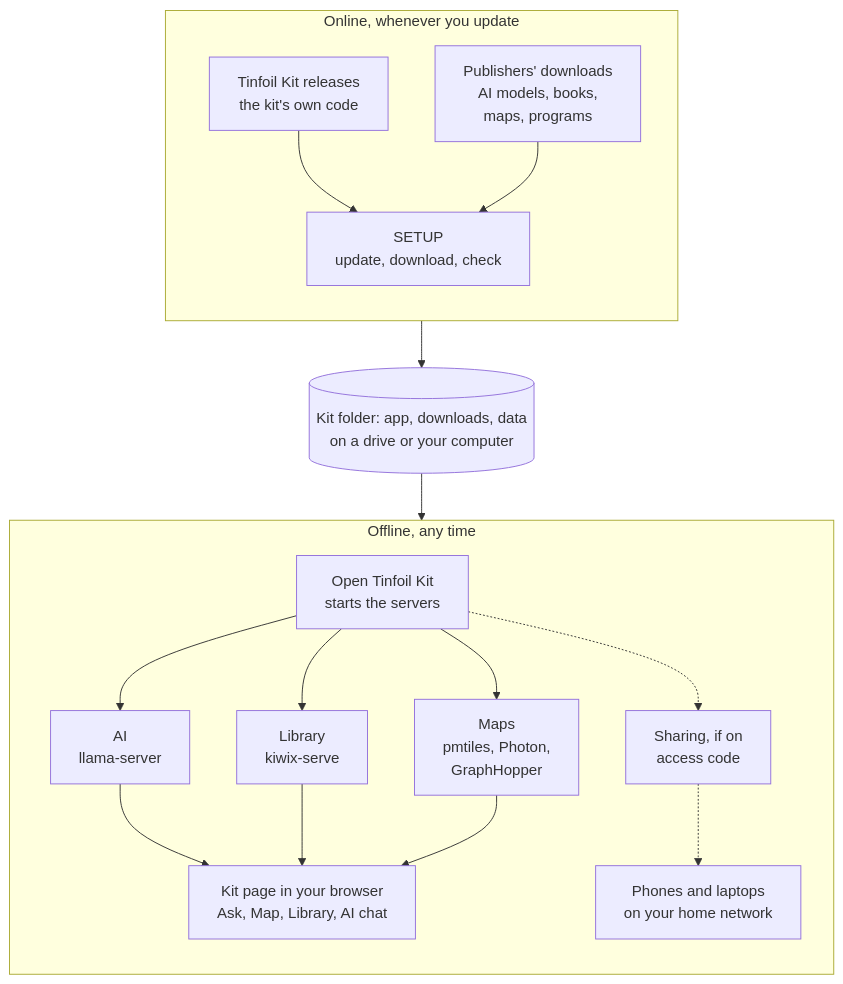
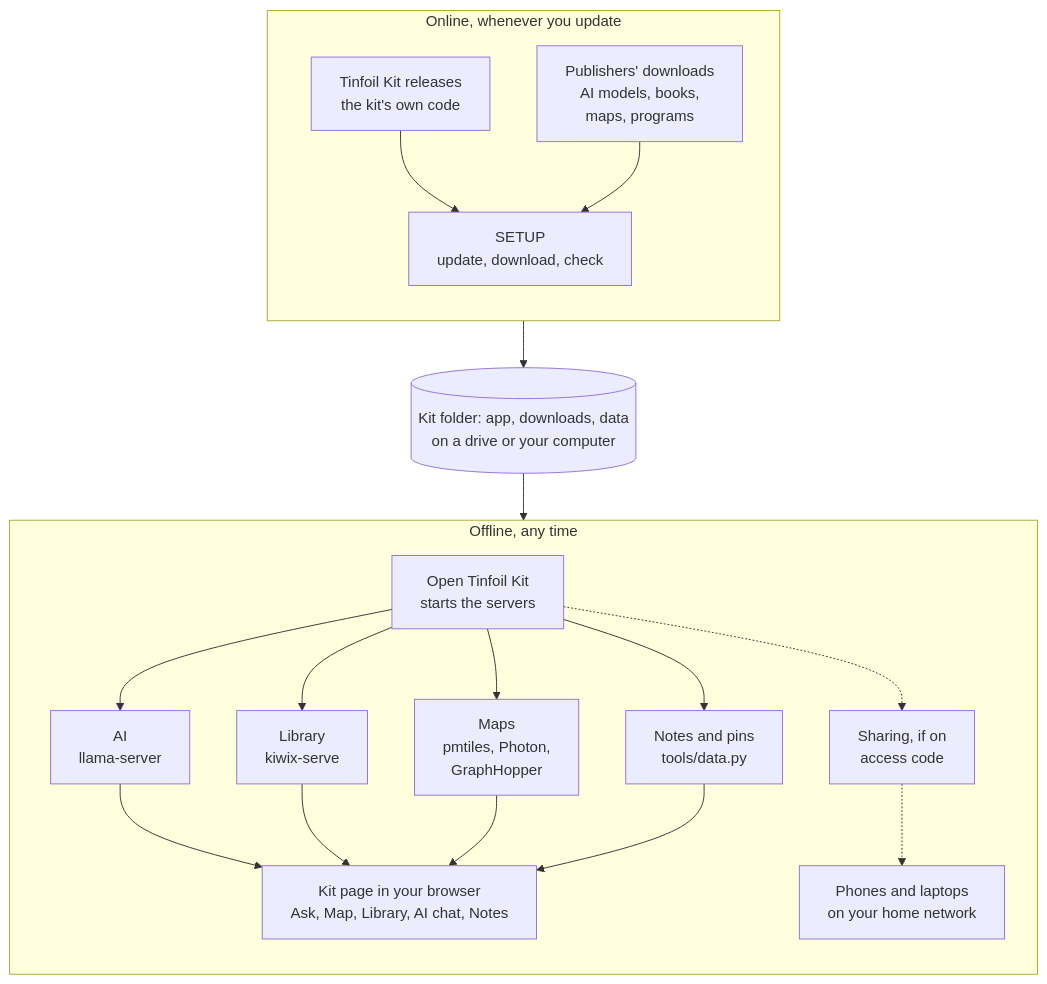
Before and after one commit to tudor-city-ventures/tinfoil-kit: the diagram in README.md, drawn with Mermaid. The commit also changed other lines of this file and 32 other files, not shown here.

````diff
--- a/README.md
+++ b/README.md
@@ -19,25 +19,27 @@
 ```mermaid
 %%{init: {"flowchart": {"wrappingWidth": 300}}}%%
 flowchart TB
   subgraph online["Online, whenever you update"]
     direction TB
     releases["Tinfoil Kit releases<br/>the kit's own code"] --> setup
     publishers["Publishers' downloads<br/>AI models, books,<br/>maps, programs"] --> setup
     setup["SETUP<br/>update, download, check"]
   end
   folder[("Kit folder: app, downloads, data<br/>on a drive or your computer")]
   subgraph offline["Offline, any time"]
     direction TB
     start["Open Tinfoil Kit<br/>starts the servers"]
     start --> ai["AI<br/>llama-server"]
     start --> library["Library<br/>kiwix-serve"]
     start --> maps["Maps<br/>pmtiles, Photon,<br/>GraphHopper"]
+    start --> notes["Notes and pins<br/>tools/data.py"]
     ai --> page
     library --> page
     maps --> page
-    page["Kit page in your browser<br/>Ask, Map, Library, AI chat"]
+    notes --> page
+    page["Kit page in your browser<br/>Ask, Map, Library, AI chat, Notes"]
     start -.-> gate["Sharing, if on<br/>access code"]
     gate -.-> phones["Phones and laptops<br/>on your home network"]
   end
   online --> folder --> offline
 ```
````
